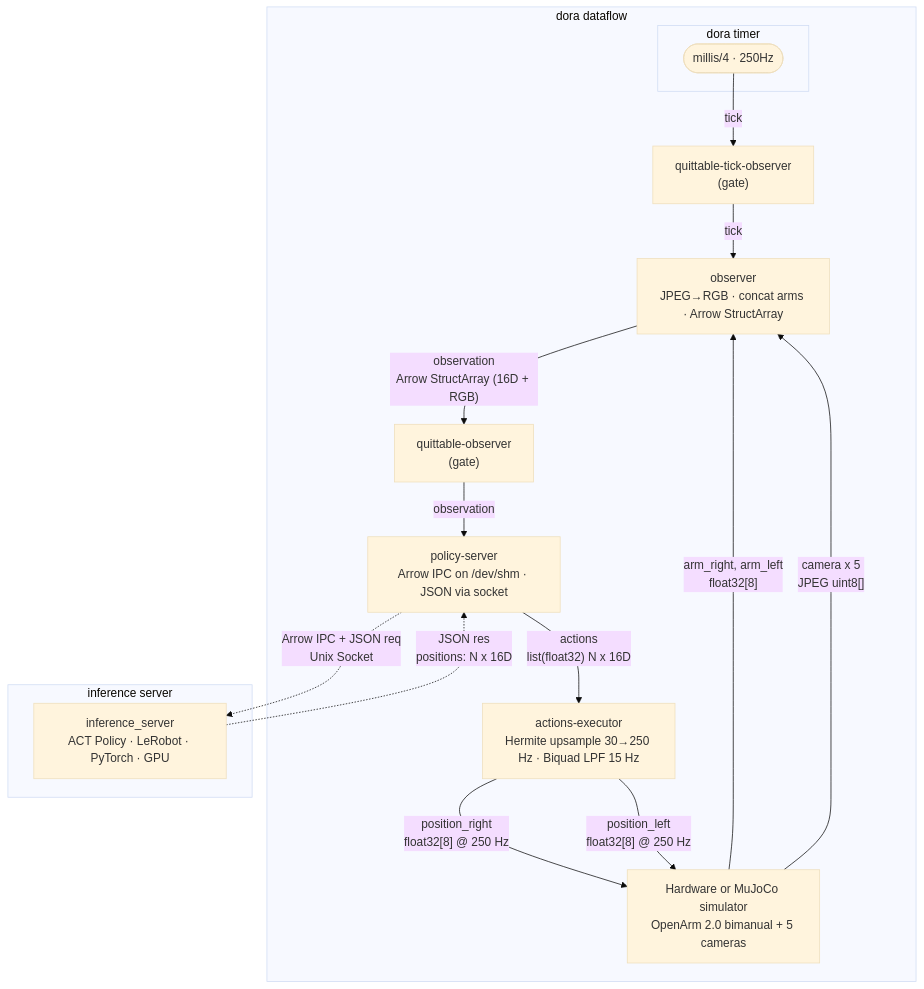
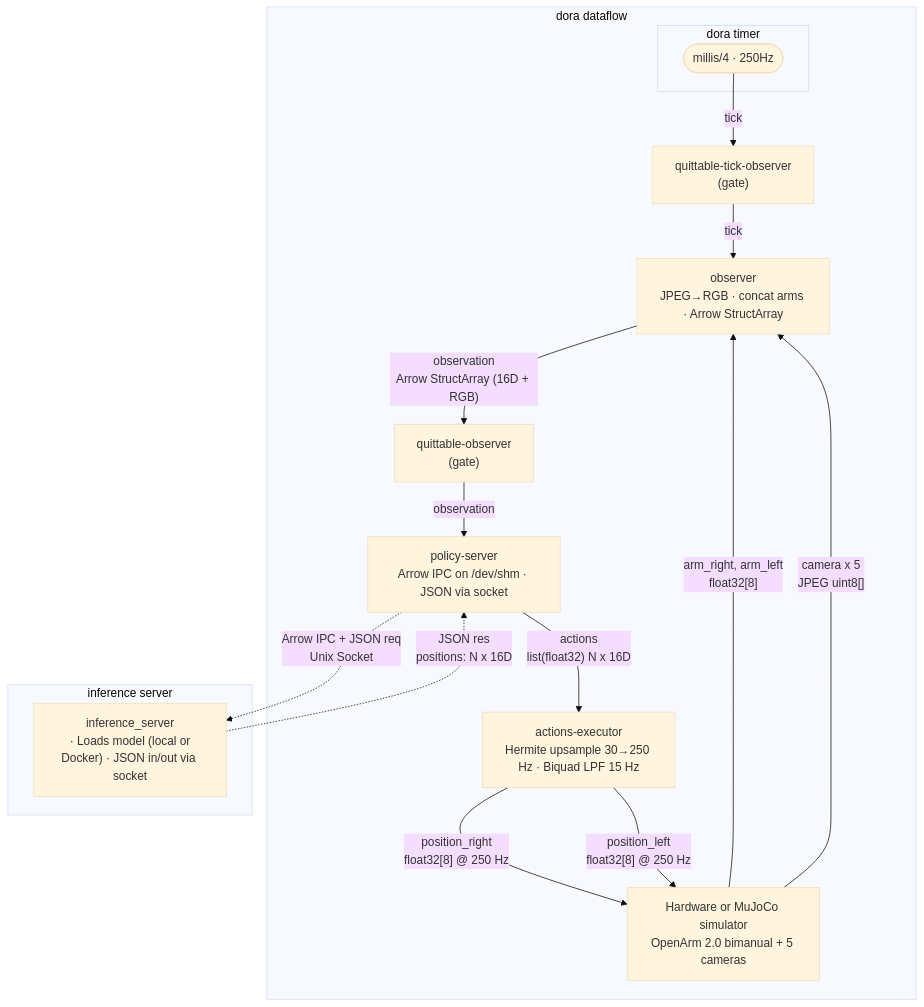
Before and after one commit to enactic/openarm: the diagram in website/docs/tutorial/inference.mdx, drawn with Mermaid (base theme).

Commit message:
update mermaid

````diff
--- a/website/docs/tutorial/inference.mdx
+++ b/website/docs/tutorial/inference.mdx
@@ -23,36 +23,36 @@
 ```mermaid
 flowchart TB
   subgraph venv ["dora dataflow"]
     subgraph dora_timer ["dora timer"]
       timer(["millis/4 · 250Hz"])
     end
 
     tick_gate["quittable-tick-observer<br>(gate)"]
     obs_gate["quittable-observer<br>(gate)"]
 
     observer["observer<br>JPEG→RGB · concat arms · Arrow StructArray"]
     policy["policy-server<br>Arrow IPC on /dev/shm · JSON via socket"]
     executor["actions-executor<br>Hermite upsample 30→250 Hz · Biquad LPF 15 Hz"]
     mujoco["Hardware or MuJoCo simulator<br>OpenArm 2.0 bimanual + 5 cameras"]
   end
 
   subgraph venv_server ["inference server"]
-    inference["inference_server<br>ACT Policy · LeRobot · PyTorch · GPU"]
+    inference["inference_server<br> · Loads model (local or Docker) · JSON in/out via socket"]
   end
 
   timer -- tick --> tick_gate -- tick --> observer
 
   mujoco -- "arm_right, arm_left<br>float32[8]" --> observer
   mujoco -- "camera x 5<br>JPEG uint8[]" --> observer
 
   observer -- "observation<br>Arrow StructArray (16D + RGB)" --> obs_gate
   obs_gate -- observation --> policy
 
   policy -. "Arrow IPC + JSON req<br>Unix Socket" .-> inference
   inference -. "JSON res<br>positions: N x 16D" .-> policy
 
   policy -- "actions<br>list(float32) N x 16D" --> executor
 
   executor -- "position_right<br>float32[8] @ 250 Hz" --> mujoco
   executor -- "position_left<br>float32[8] @ 250 Hz" --> mujoco
 ```
````
